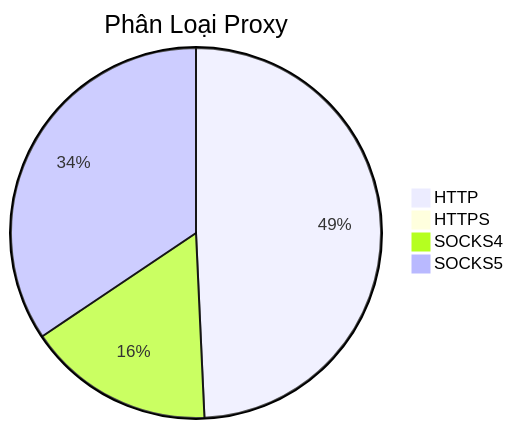
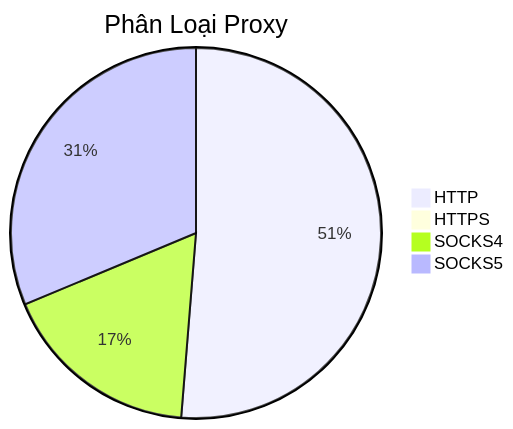
The diagram in README.md (Ciara-12/PROXY-free), drawn with Mermaid before and after one commit. The commit also changed other lines of this file and 3 other files, not shown here.

````diff
--- a/README.md
+++ b/README.md
@@ -26,7 +26,7 @@
 ```mermaid
 pie title Phân Loại Proxy
-    "HTTP" : 846
+    "HTTP" : 1065
     "HTTPS" : 0
-    "SOCKS4" : 280
-    "SOCKS5" : 591
+    "SOCKS4" : 362
+    "SOCKS5" : 650
 ```
````
